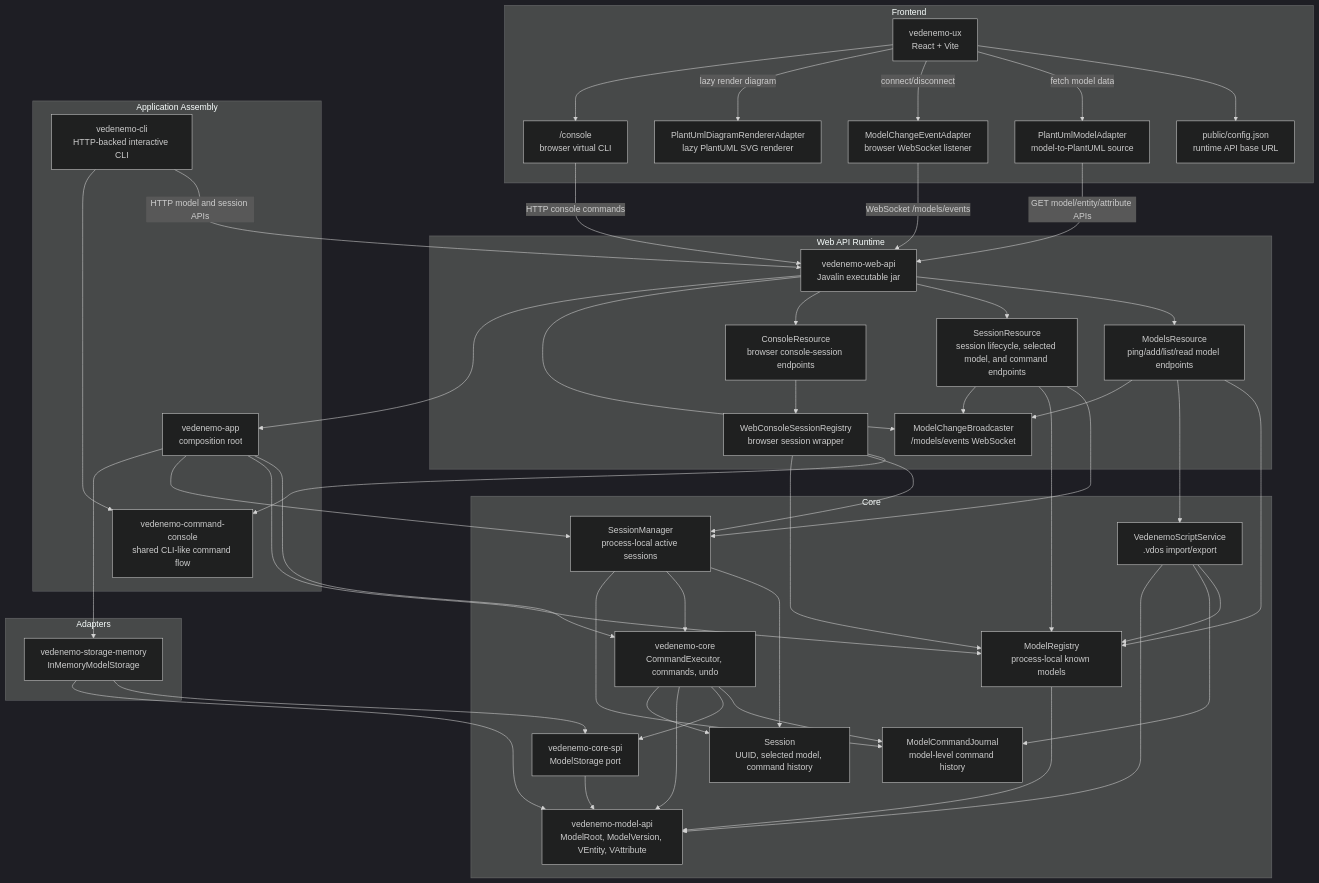
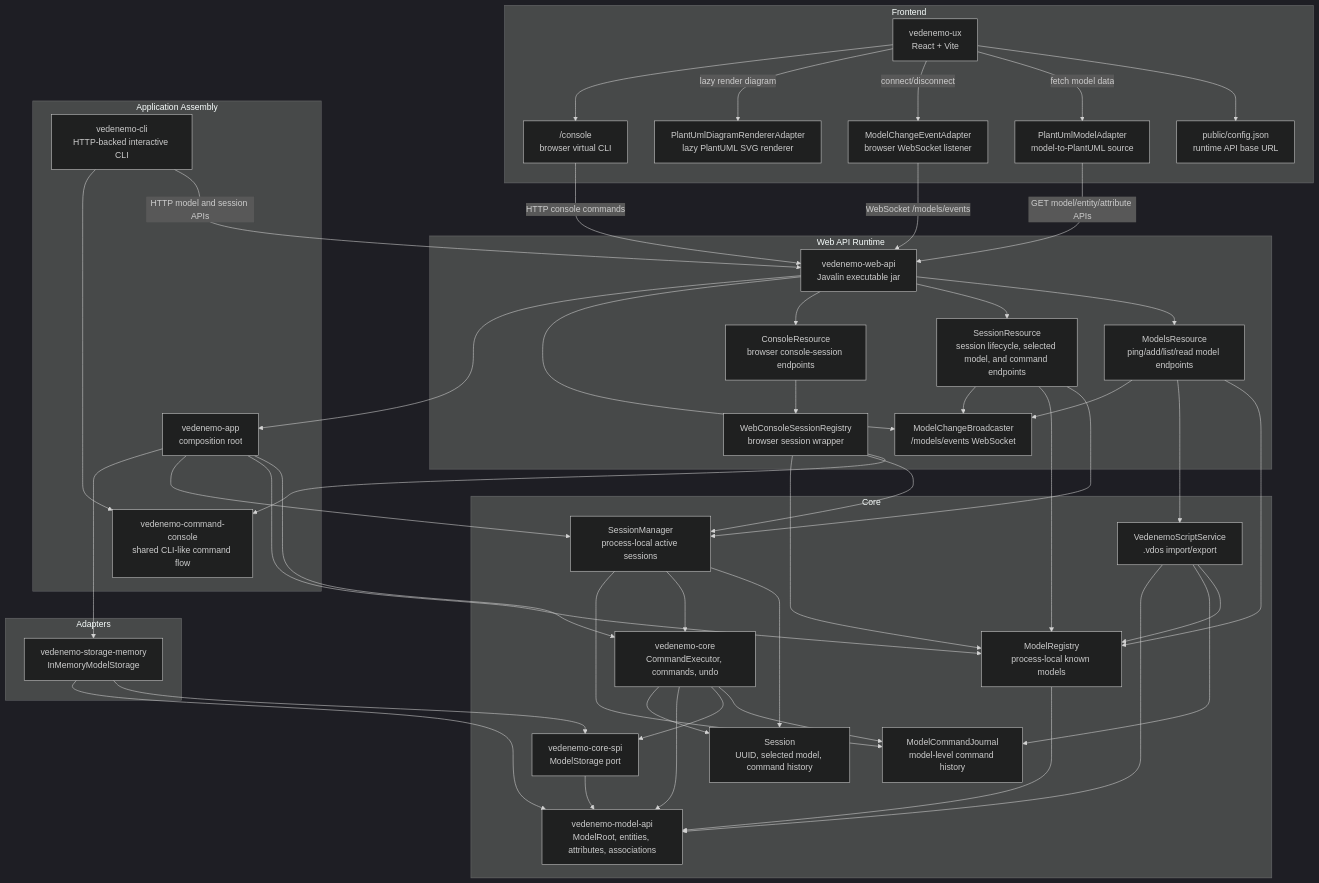
One commit to VedenemoDev/VedenemoMonorepo changed the first of 8 diagrams in docs/architecture_doc.md. Above: the diagram before and after it, drawn with Mermaid (dark theme). The commit also changed other lines of this file and 41 other files, not shown here.

Commit message:
Implement directed model associations

```diff
--- a/docs/architecture_doc.md
+++ b/docs/architecture_doc.md
@@ -46,7 +46,7 @@
     Session["Session<br/>UUID, selected model, command history"]
     ModelRegistry["ModelRegistry<br/>process-local known models"]
     Spi["vedenemo-core-spi<br/>ModelStorage port"]
-    ModelApi["vedenemo-model-api<br/>ModelRoot, ModelVersion, VEntity, VAttribute"]
+    ModelApi["vedenemo-model-api<br/>ModelRoot, entities, attributes, associations"]
 end
 
 subgraph Adapters["Adapters"]
```
